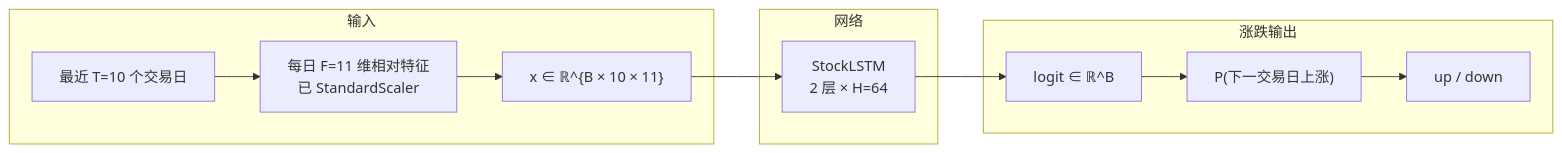
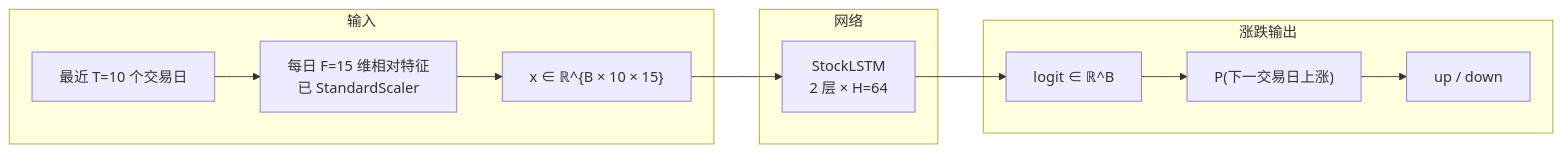
One commit to fanqingsong/stock_predictive changed the fourth of 11 diagrams in docs/model-architecture.md. Above: the diagram before and after it, drawn with Mermaid. The commit also changed other lines of this file and 7 other files, not shown here.

First line of the commit message:
Add market-benchmark relative features and bump feature schema to v6-scale.

````diff
--- a/docs/model-architecture.md
+++ b/docs/model-architecture.md
@@ -217,18 +217,18 @@
 ```mermaid
 flowchart LR
   subgraph inSide [输入]
     B1["最近 T=10 个交易日"]
-    B1 --> F1["每日 F=11 维相对特征<br/>已 StandardScaler"]
-    F1 --> X1["x ∈ ℝ^{B × 10 × 11}"]
+    B1 --> F1["每日 F=15 维相对特征<br/>已 StandardScaler"]
+    F1 --> X1["x ∈ ℝ^{B × 10 × 15}"]
   end
 
   subgraph netSide [网络]
     X1 --> L1["StockLSTM<br/>2 层 × H=64"]
   end
 
   subgraph outSide [涨跌输出]
     L1 --> Y1["logit ∈ ℝ^B"]
     Y1 --> P1["P(下一交易日上涨)"]
     P1 --> C1["up / down"]
   end
 ```
````
